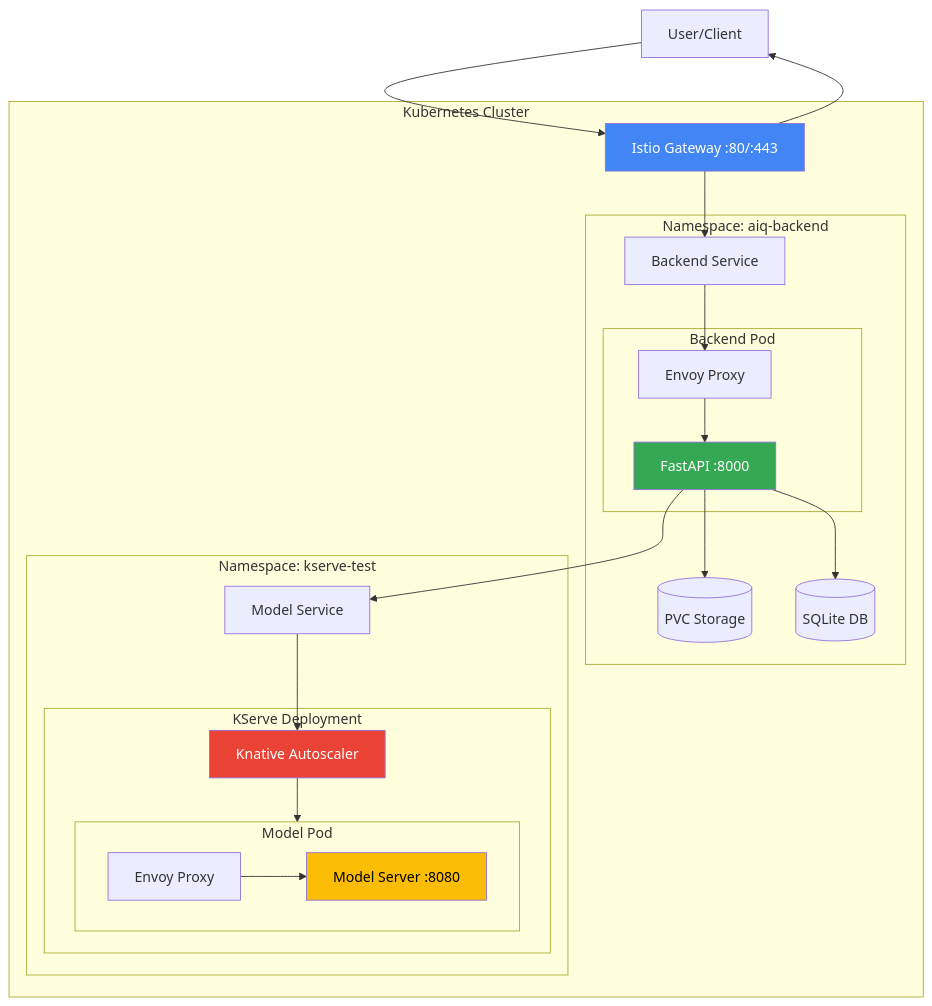
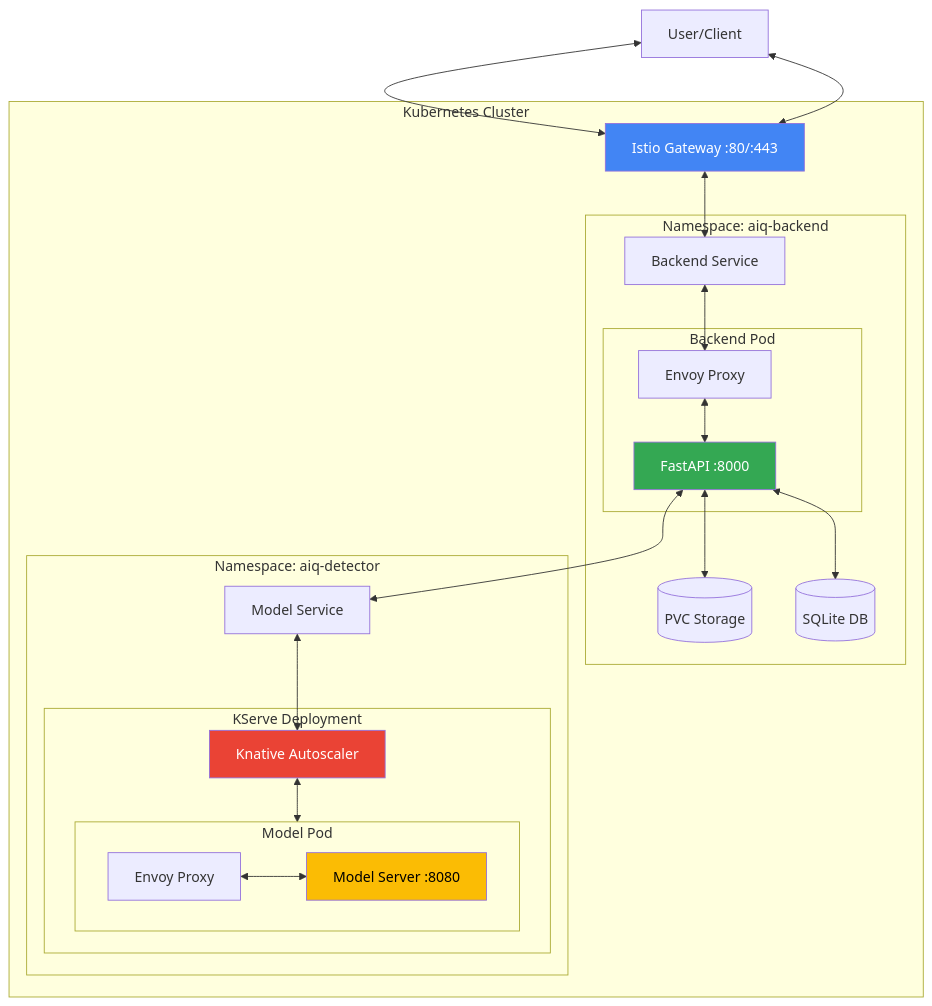
Before and after one commit to Cpicon/kserve_ml_deployment: the first of 2 diagrams in README.md, drawn with Mermaid. The commit also changed other lines of this file and 4 other files, not shown here.

````diff
--- a/README.md
+++ b/README.md
@@ -15,51 +15,51 @@
 ```mermaid
 flowchart TB
     User[User/Client] 
     
     subgraph K8s["Kubernetes Cluster"]
         Gateway[Istio Gateway :80/:443]
         
         subgraph NS1["Namespace: aiq-backend"]
             Service[Backend Service]
             
             subgraph BackendPod["Backend Pod"]
                 Envoy1[Envoy Proxy]
                 FastAPI[FastAPI :8000]
             end
             
             Storage[(PVC Storage)]
             DB[(SQLite DB)]
         end
         
-        subgraph NS2["Namespace: kserve-test"]
+        subgraph NS2["Namespace: aiq-detector"]
             ModelService[Model Service]
             
             subgraph ModelDeployment["KServe Deployment"]
                 Knative[Knative Autoscaler]
                 
                 subgraph ModelPod["Model Pod"]
                     Envoy2[Envoy Proxy]
                     Model[Model Server :8080]
                 end
             end
         end
         
-        Gateway --> Service
-        Service --> Envoy1
-        Envoy1 --> FastAPI
-        FastAPI --> Storage
-        FastAPI --> DB
-        FastAPI --> ModelService
-        ModelService --> Knative
-        Knative --> ModelPod
-        Envoy2 --> Model
+        Gateway <--> Service
+        Service <--> Envoy1
+        Envoy1 <--> FastAPI
+        FastAPI <--> Storage
+        FastAPI <--> DB
+        FastAPI <--> ModelService
+        ModelService <--> Knative
+        Knative <--> ModelPod
+        Envoy2 <--> Model
     end
     
-    User --> Gateway
-    Gateway --> User
+    User <--> Gateway
+    Gateway <--> User
     
     style Gateway fill:#4285F4,color:#fff
     style FastAPI fill:#34A853,color:#fff
     style Model fill:#FBBC04,color:#000
     style Knative fill:#EA4335,color:#fff
 ```
````
